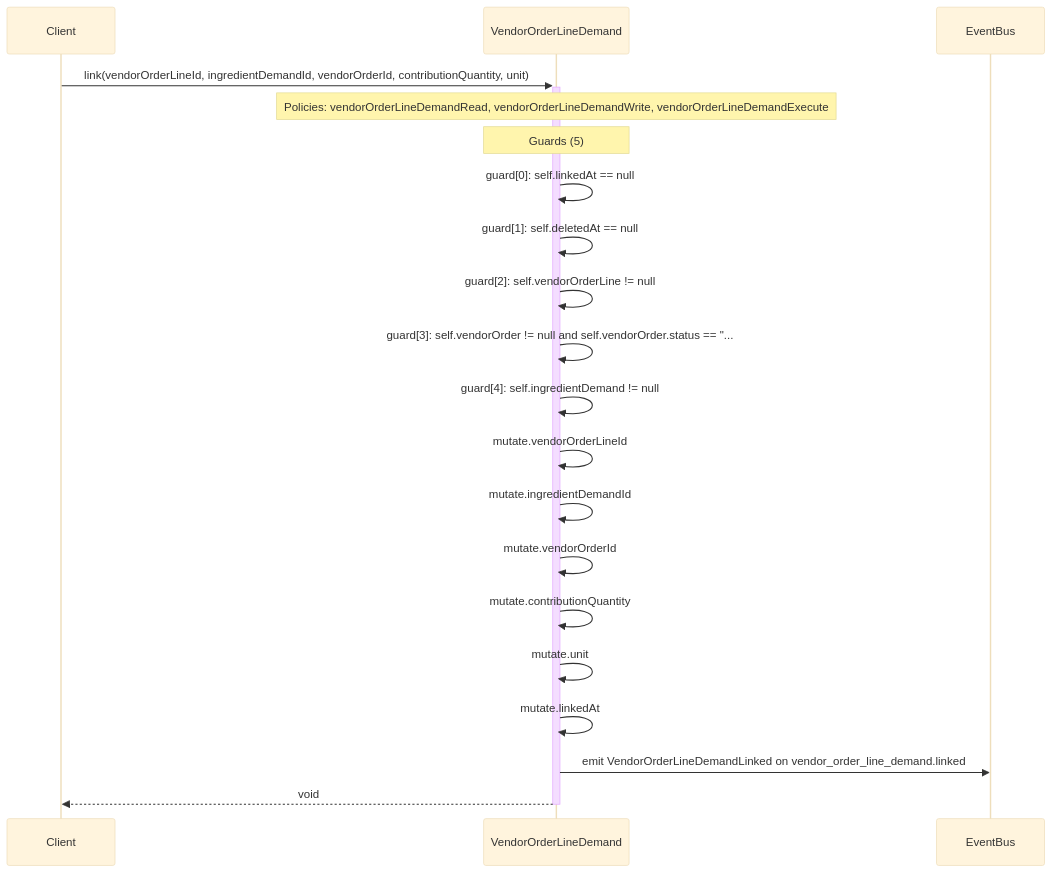
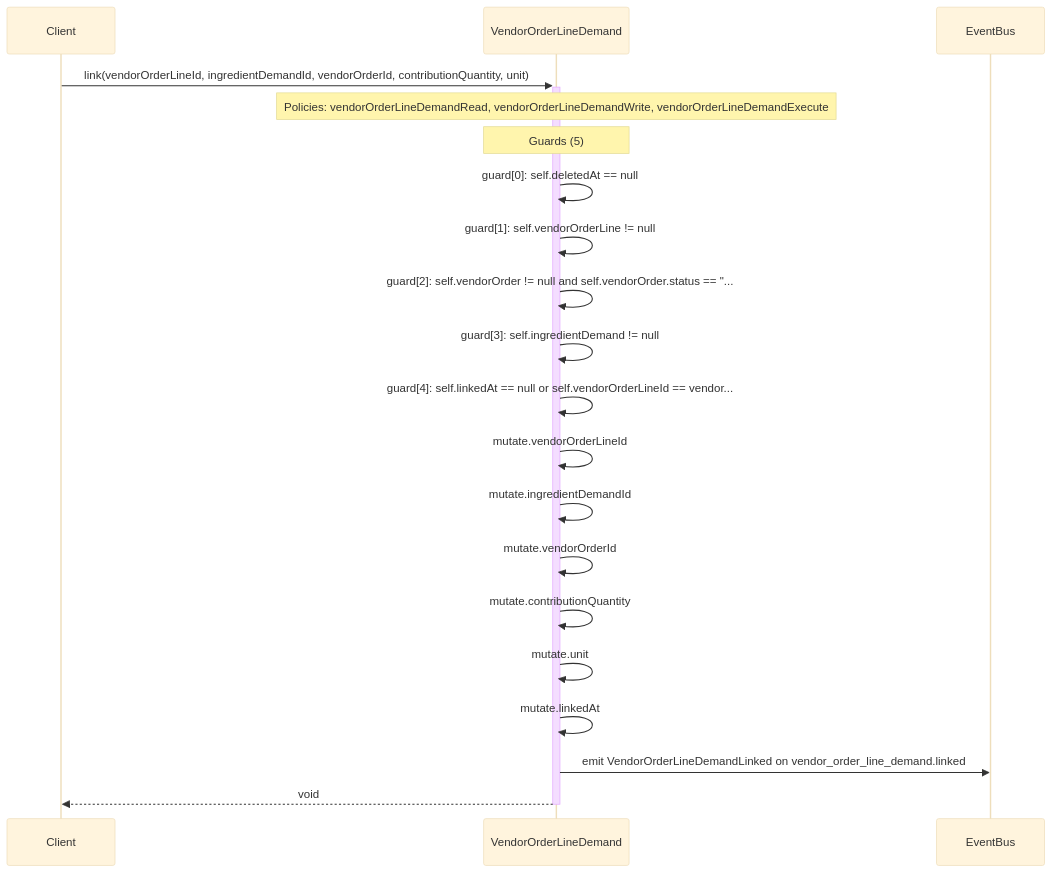
Before and after one commit to Angriff36/capsule: the diagram in diagrams/sequence-VendorOrderLineDemand-link.mmd, drawn with Mermaid (base theme). The commit also changed 92 other files, not shown here.

First line of the commit message:
feat(procurement): Manifest-own event→weekly VendorOrder draft

```diff
--- a/diagrams/sequence-VendorOrderLineDemand-link.mmd
+++ b/diagrams/sequence-VendorOrderLineDemand-link.mmd
@@ -1,20 +1,20 @@
 sequenceDiagram
     participant Client
     participant VendorOrderLineDemand as VendorOrderLineDemand
     participant EventBus
     Client->>+VendorOrderLineDemand: link(vendorOrderLineId, ingredientDemandId, vendorOrderId, contributionQuantity, unit)
     Note over VendorOrderLineDemand: Policies: vendorOrderLineDemandRead, vendorOrderLineDemandWrite, vendorOrderLineDemandExecute
     Note over VendorOrderLineDemand: Guards (5)
-    VendorOrderLineDemand->>VendorOrderLineDemand: guard[0]: self.linkedAt == null
-    VendorOrderLineDemand->>VendorOrderLineDemand: guard[1]: self.deletedAt == null
-    VendorOrderLineDemand->>VendorOrderLineDemand: guard[2]: self.vendorOrderLine != null
-    VendorOrderLineDemand->>VendorOrderLineDemand: guard[3]: self.vendorOrder != null and self.vendorOrder.status == #quot;...
-    VendorOrderLineDemand->>VendorOrderLineDemand: guard[4]: self.ingredientDemand != null
+    VendorOrderLineDemand->>VendorOrderLineDemand: guard[0]: self.deletedAt == null
+    VendorOrderLineDemand->>VendorOrderLineDemand: guard[1]: self.vendorOrderLine != null
+    VendorOrderLineDemand->>VendorOrderLineDemand: guard[2]: self.vendorOrder != null and self.vendorOrder.status == #quot;...
+    VendorOrderLineDemand->>VendorOrderLineDemand: guard[3]: self.ingredientDemand != null
+    VendorOrderLineDemand->>VendorOrderLineDemand: guard[4]: self.linkedAt == null or self.vendorOrderLineId == vendor...
     VendorOrderLineDemand->>VendorOrderLineDemand: mutate.vendorOrderLineId
     VendorOrderLineDemand->>VendorOrderLineDemand: mutate.ingredientDemandId
     VendorOrderLineDemand->>VendorOrderLineDemand: mutate.vendorOrderId
     VendorOrderLineDemand->>VendorOrderLineDemand: mutate.contributionQuantity
     VendorOrderLineDemand->>VendorOrderLineDemand: mutate.unit
     VendorOrderLineDemand->>VendorOrderLineDemand: mutate.linkedAt
     VendorOrderLineDemand->>EventBus: emit VendorOrderLineDemandLinked on vendor_order_line_demand.linked
     VendorOrderLineDemand-->>-Client: void
```
